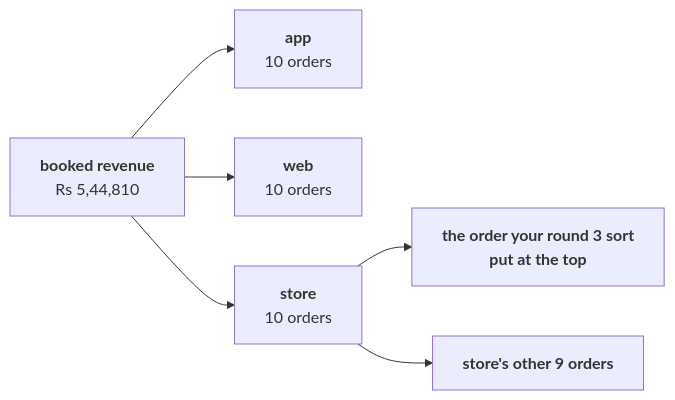
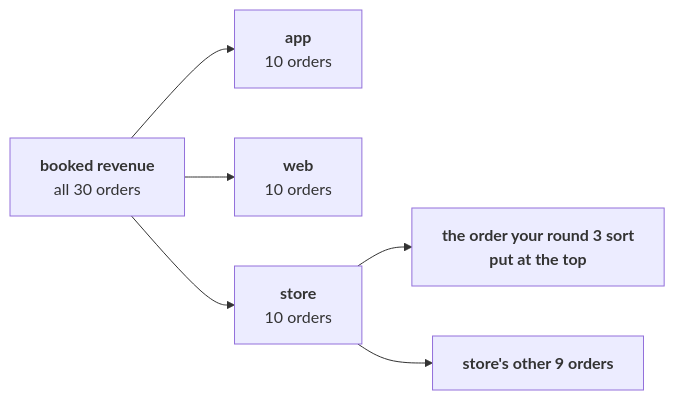
One commit to fde-academy-lab/c2-content-factory changed the diagram in content/W01/D1/exercises/unguided/C2_W01_D01_second_case_STUDENT.md. Above: the diagram before and after it, drawn with Mermaid. The commit also changed other lines of this file and 9 other files, not shown here.

First line of the commit message:
W01 D1 second case: all-orders rupee figures dropped, channel shares on all 30 orders and rupees on consumer orders only

````diff
--- a/content/W01/D1/exercises/unguided/C2_W01_D01_second_case_STUDENT.md
+++ b/content/W01/D1/exercises/unguided/C2_W01_D01_second_case_STUDENT.md
@@ -20,8 +20,8 @@
 ```mermaid
 flowchart LR
-    R["<b>booked revenue</b><br/>Rs 5,44,810"] --> A["<b>app</b><br/>10 orders"]
+    R["<b>booked revenue</b><br/>all 30 orders"] --> A["<b>app</b><br/>10 orders"]
     R --> W["<b>web</b><br/>10 orders"]
     R --> S["<b>store</b><br/>10 orders"]
     S --> T["<b>the order your round 3 sort<br/>put at the top</b>"]
     S --> N["<b>store's other 9 orders</b>"]
 ```
````
